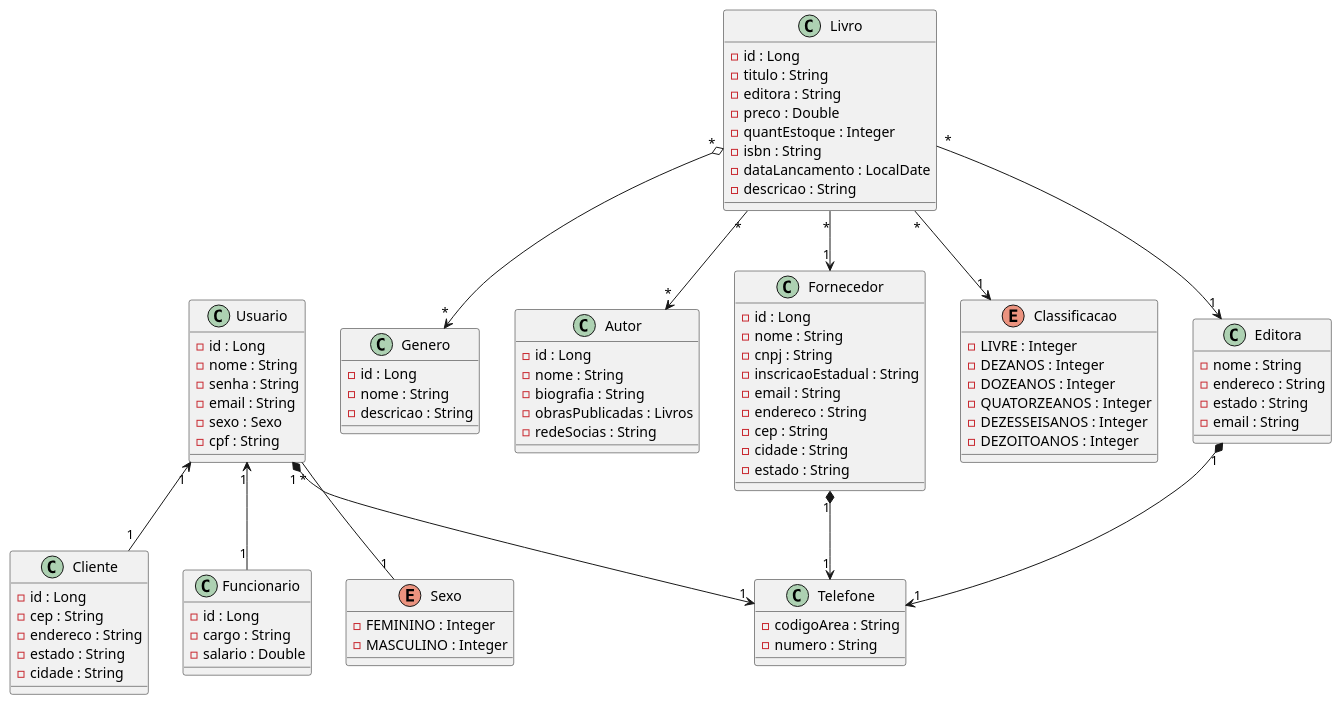
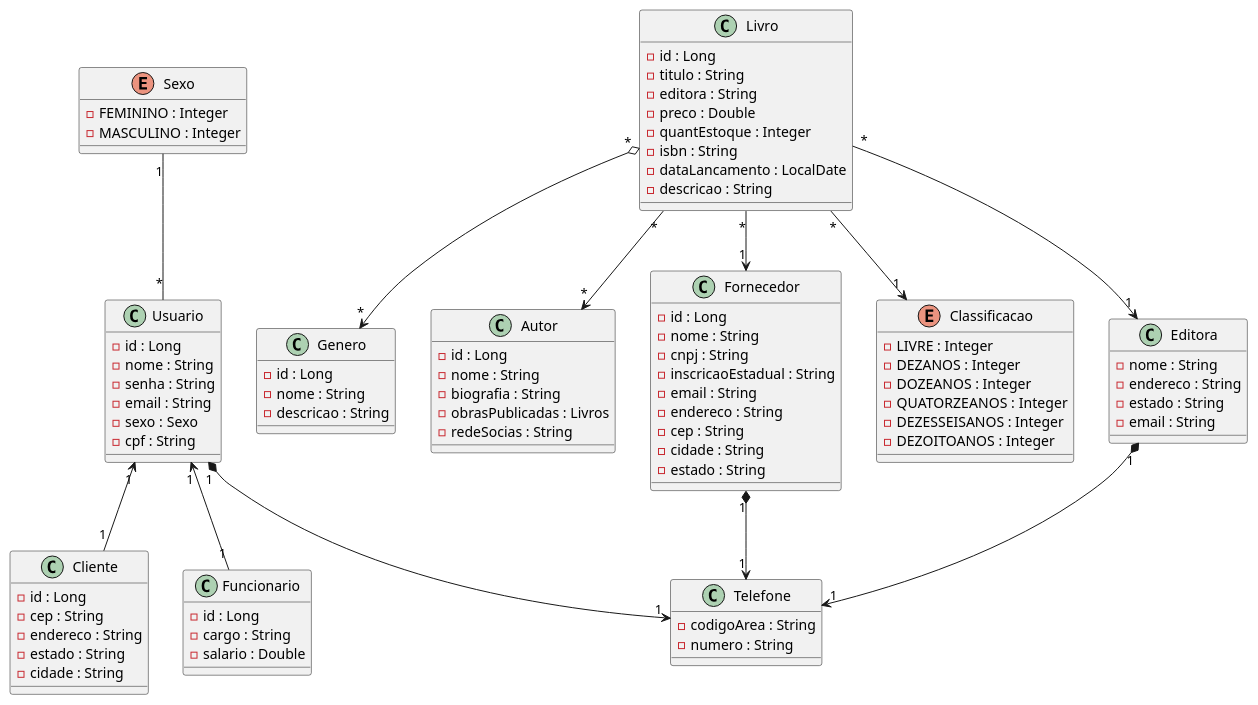
The diagram in src/main/java/br/unitins/topicos1/docs/uml.plantuml (KethelenParra/livros-quarkus-tp1), drawn with PlantUML before and after one commit.

Commit message:
update uml

```diff
--- a/src/main/java/br/unitins/topicos1/docs/uml.plantuml
+++ b/src/main/java/br/unitins/topicos1/docs/uml.plantuml
@@ -1,104 +1,104 @@
 @startuml
 
 class Usuario {
   - id : Long
   - nome : String
   - senha : String
   - email : String
   - sexo : Sexo
   - cpf : String
   
 }
 
 class Cliente{
   - id : Long 
   - cep : String
   - endereco : String
   - estado : String
   - cidade : String
 }
 
 class Funcionario {
  - id : Long
  - cargo : String
  - salario : Double
 }
 
 enum Sexo{
  - FEMININO : Integer
  - MASCULINO : Integer
 }
 
 class Livro {
  - id : Long
  - titulo : String
  - editora : String
  - preco : Double
  - quantEstoque : Integer
  - isbn : String
  - dataLancamento : LocalDate
  - descricao : String
 }
 
 class Genero{
  - id : Long
  - nome : String
  - descricao : String
 }
 
 class Autor{
  - id : Long
  - nome : String
  - biografia : String
  - obrasPublicadas : Livros
  - redeSocias : String
 }
 
 class Fornecedor{
  - id : Long
  - nome : String
  - cnpj : String
  - inscricaoEstadual : String
  - email : String
  - endereco : String
  - cep : String
  - cidade : String
  - estado : String
 }
 
 enum Classificacao{
   - LIVRE : Integer 
   - DEZANOS : Integer
   - DOZEANOS : Integer
   - QUATORZEANOS : Integer
   - DEZESSEISANOS : Integer
   - DEZOITOANOS : Integer
 }
 
 class Editora {
  - nome : String
  - endereco : String
  - estado : String
  - email : String
 }
 
 class Telefone{
  - codigoArea : String
  - numero : String
 }
 
 Usuario "1" <-- "1" Cliente
 Usuario "1" <-- "1" Funcionario
-Usuario "*" -- "1" Sexo
+Usuario "*" -up- "1" Sexo
 Usuario "1" *--> "1" Telefone
 
 Livro "*" o--> "*" Genero
 Livro "*" --> "*" Autor
 Livro "*" --> "1" Fornecedor 
 Livro "*" --> "1" Editora
 Livro "*" --> "1" Classificacao
 
 Editora "1" *--> "1" Telefone
 Fornecedor "1" *--> "1" Telefone
 
 @enduml
```
